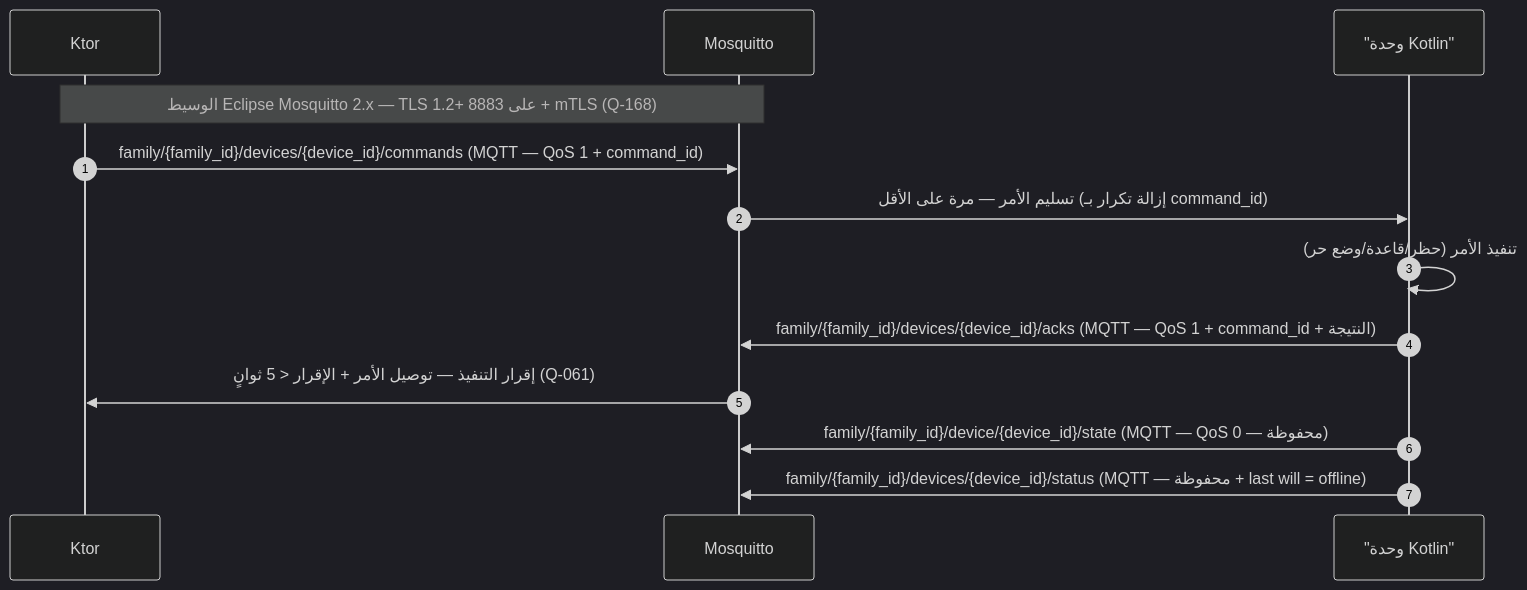
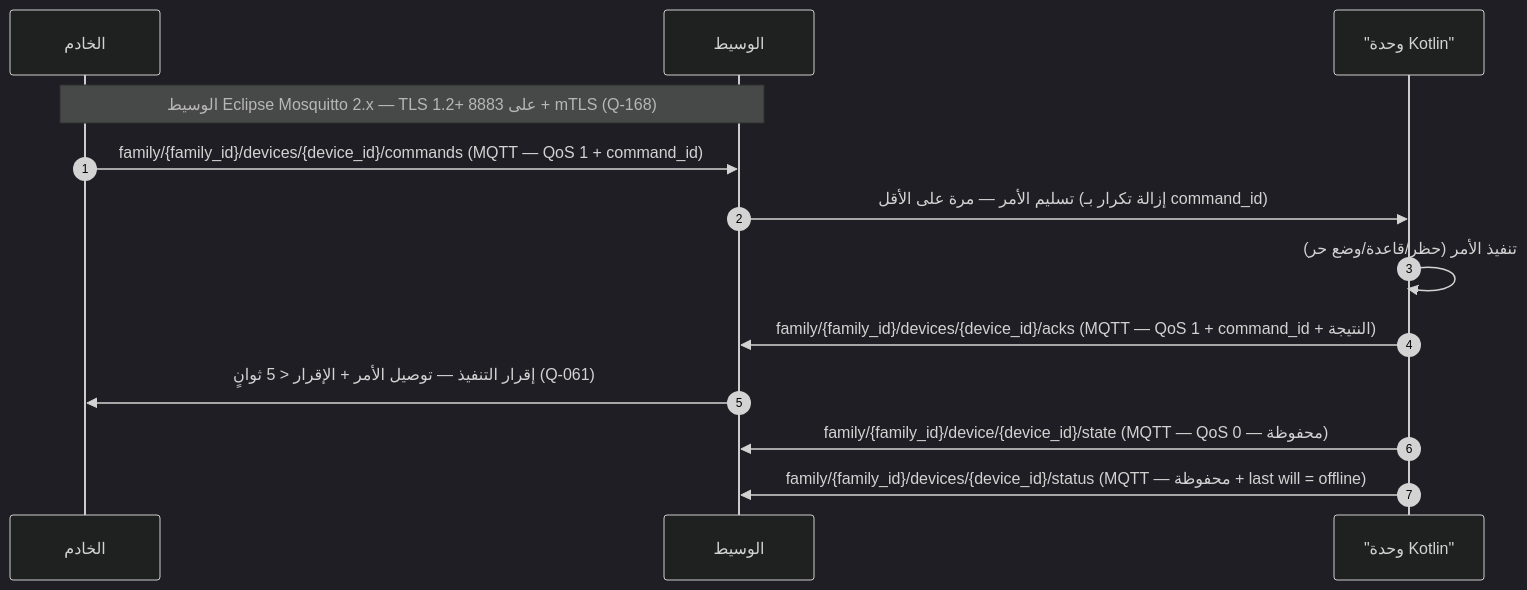
One commit to Bassam-mohammed-alqaeadi/family-os-v2 changed the tenth of 14 diagrams in docs/family-os/governance/phases/phase-1/S1-10-protection-and-enforcement/DIAGRAMS.md. Above: the diagram before and after it, drawn with Mermaid (dark theme). The commit also changed 2 other files, not shown here.

Commit message:
R2-CI-05 (P3): فحص Mermaid يتحقق من اتجاه إعلان المشاركين (R5-1) + قلب 26 إعلاناً معكوساً
- الفحص: participant/actor <معرّف لاتيني> as <اسم عربي>؛ والصيغة المعكوسة (عربي أولاً) تفشل الفحص؛ فحص نحوي + توازن أسوار بلا تغيير
- انحراف موثّق: الشجرة النظيفة لم تمرر الفحص الجديد — 26 إعلاناً معكوساً في S1-07 (24) وS1-10 (2) DIAGRAMS.md؛ قُلبت الإعلانات + أسهمها (110 سطور) لتمر الشجرة؛ النصوص بعد ':' لم تُمس (تحقق آلي: 0 اختلافات غير معرّفات)؛ وكل طرف سهم معلَن بعد القلب (تحقق آلي: 0 مشاكل)
- المخططان مسودتان (الاعتماد يخص S1-01 فقط) — لا تغيير في حالة اعتماد
- اختبار القبول: إعادة إدخال participant البوابة as S101 في نسخة تجريبية تفشل الفحص (27 فشلاً مقابل 26)؛ والنسخة النظيفة تمر

````diff
--- a/docs/family-os/governance/phases/phase-1/S1-10-protection-and-enforcement/DIAGRAMS.md
+++ b/docs/family-os/governance/phases/phase-1/S1-10-protection-and-enforcement/DIAGRAMS.md
@@ -419,15 +419,15 @@
 ```mermaid
 sequenceDiagram
     autonumber
-    participant الخادم as Ktor
-    participant الوسيط as Mosquitto
+    participant Ktor as الخادم
+    participant Mosquitto as الوسيط
     participant K as "وحدة Kotlin"
-    Note over الخادم,الوسيط: الوسيط Eclipse Mosquitto 2.x — TLS 1.2+ على 8883 + mTLS (Q-168)
-    الخادم->>الوسيط: family/{family_id}/devices/{device_id}/commands (MQTT — QoS 1 + command_id)
-    الوسيط->>K: تسليم الأمر — مرة على الأقل (إزالة تكرار بـ command_id)
+    Note over Ktor,Mosquitto: الوسيط Eclipse Mosquitto 2.x — TLS 1.2+ على 8883 + mTLS (Q-168)
+    Ktor->>Mosquitto: family/{family_id}/devices/{device_id}/commands (MQTT — QoS 1 + command_id)
+    Mosquitto->>K: تسليم الأمر — مرة على الأقل (إزالة تكرار بـ command_id)
     K->>K: تنفيذ الأمر (حظر/قاعدة/وضع حر)
-    K->>الوسيط: family/{family_id}/devices/{device_id}/acks (MQTT — QoS 1 + command_id + النتيجة)
-    الوسيط->>الخادم: إقرار التنفيذ — توصيل الأمر + الإقرار < 5 ثوانٍ (Q-061)
-    K->>الوسيط: family/{family_id}/device/{device_id}/state (MQTT — QoS 0 — محفوظة)
-    K->>الوسيط: family/{family_id}/devices/{device_id}/status (MQTT — محفوظة + last will = offline)
+    K->>Mosquitto: family/{family_id}/devices/{device_id}/acks (MQTT — QoS 1 + command_id + النتيجة)
+    Mosquitto->>Ktor: إقرار التنفيذ — توصيل الأمر + الإقرار < 5 ثوانٍ (Q-061)
+    K->>Mosquitto: family/{family_id}/device/{device_id}/state (MQTT — QoS 0 — محفوظة)
+    K->>Mosquitto: family/{family_id}/devices/{device_id}/status (MQTT — محفوظة + last will = offline)
 ```
````
